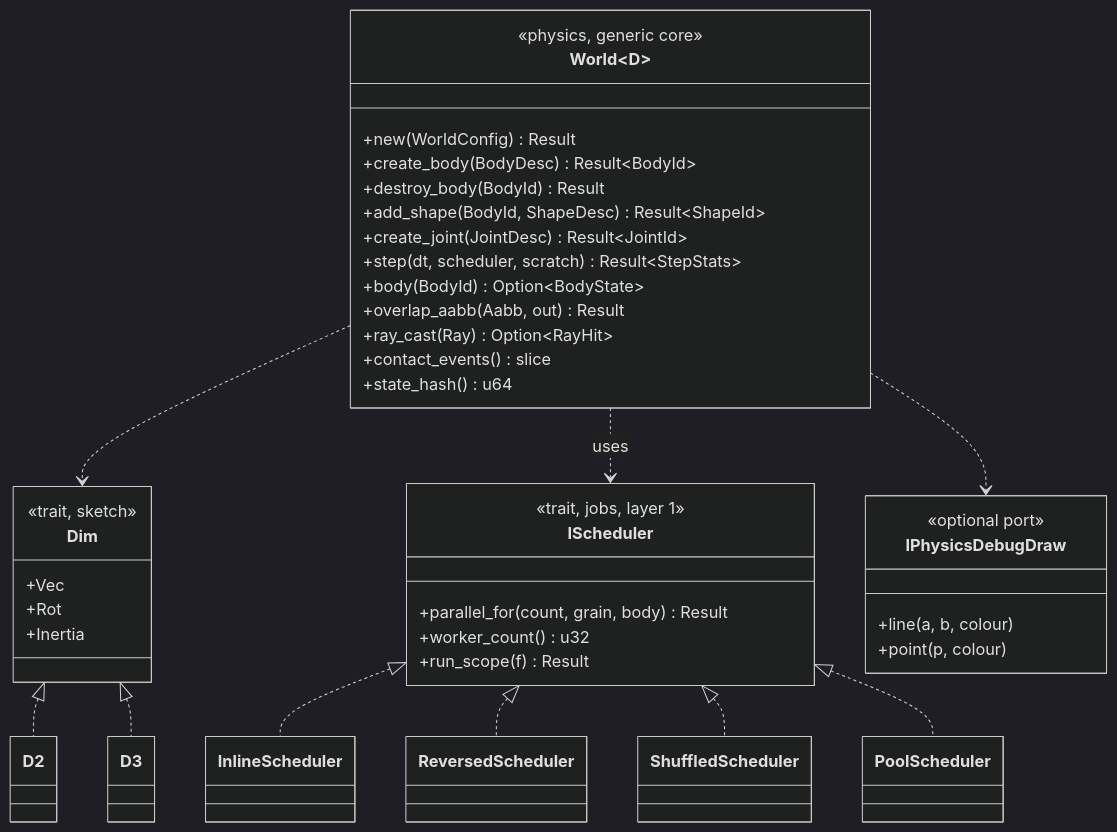
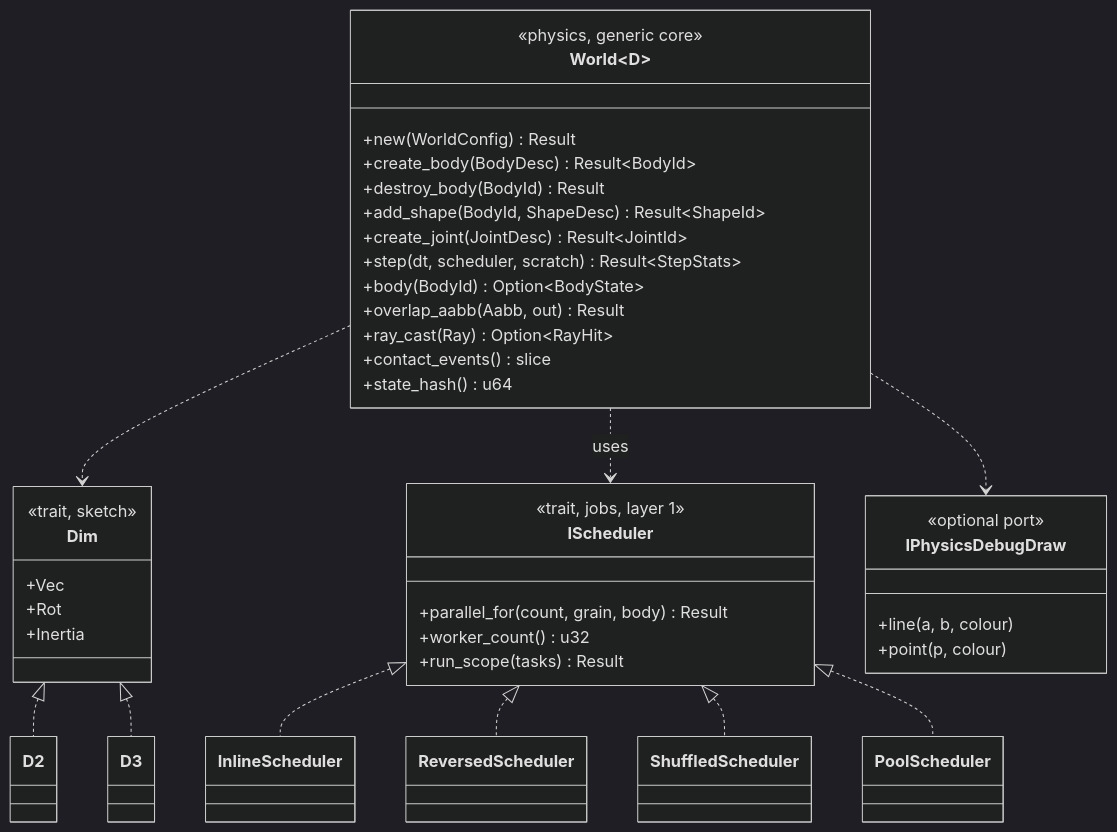
Before and after one commit to giamat90/DuckEngine: the second of 6 diagrams in wiki/architecture/physics-and-jobs-v0.md, drawn with Mermaid (dark theme). The commit also changed other lines of this file and 16 other files, not shown here.

````diff
--- a/wiki/architecture/physics-and-jobs-v0.md
+++ b/wiki/architecture/physics-and-jobs-v0.md
@@ -69,49 +69,49 @@
 ```mermaid
 classDiagram
   class IScheduler {
     <<trait, jobs, layer 1>>
     +parallel_for(count, grain, body) Result
     +worker_count() u32
-    +run_scope(f) Result
+    +run_scope(tasks) Result
   }
   class InlineScheduler
   class ReversedScheduler
   class ShuffledScheduler
   class PoolScheduler
   IScheduler <|.. InlineScheduler
   IScheduler <|.. ReversedScheduler
   IScheduler <|.. ShuffledScheduler
   IScheduler <|.. PoolScheduler
   class World~D~ {
     <<physics, generic core>>
     +new(WorldConfig) Result
     +create_body(BodyDesc) Result~BodyId~
     +destroy_body(BodyId) Result
     +add_shape(BodyId, ShapeDesc) Result~ShapeId~
     +create_joint(JointDesc) Result~JointId~
     +step(dt, scheduler, scratch) Result~StepStats~
     +body(BodyId) Option~BodyState~
     +overlap_aabb(Aabb, out) Result
     +ray_cast(Ray) Option~RayHit~
     +contact_events() slice
     +state_hash() u64
   }
   class Dim {
     <<trait, sketch>>
     +Vec
     +Rot
     +Inertia
   }
   class D2
   class D3
   Dim <|.. D2
   Dim <|.. D3
   World~D~ ..> Dim
   World~D~ ..> IScheduler : uses
   class IPhysicsDebugDraw {
     <<optional port>>
     +line(a, b, colour)
     +point(p, colour)
   }
   World~D~ ..> IPhysicsDebugDraw
 ```
````
